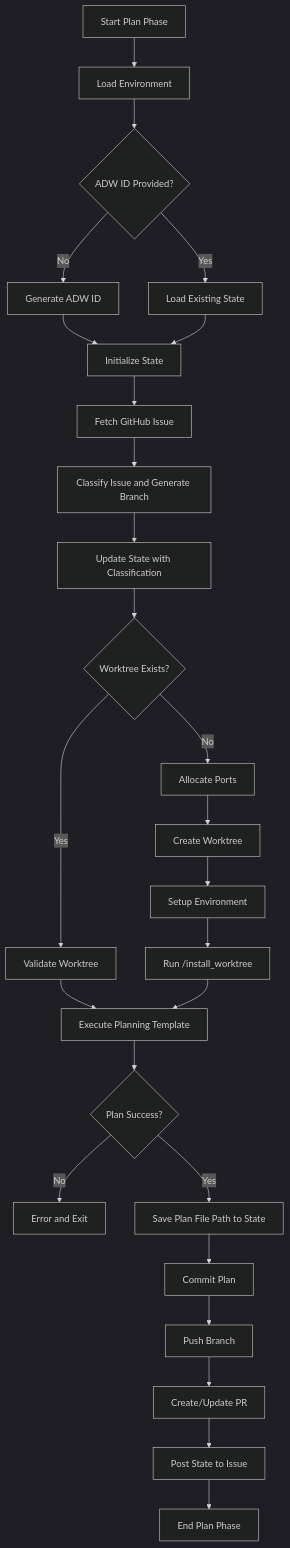
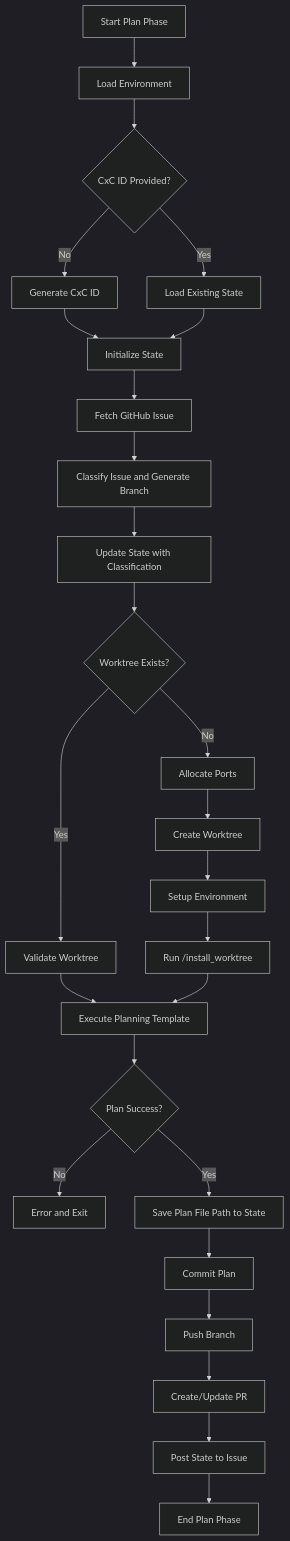
Before and after one commit to alexfosterinvisible/Cortex-Code: the fourth of 20 diagrams in .af/specs/fullrepo_dec30/C/design.md, drawn with Mermaid (dark theme). The commit also changed other lines of this file and 19 other files, not shown here.

````diff
--- a/.af/specs/fullrepo_dec30/C/design.md
+++ b/.af/specs/fullrepo_dec30/C/design.md
@@ -223,34 +223,34 @@
 ```mermaid
 flowchart TD
     A[Start Plan Phase] --> B[Load Environment]
-    B --> C{ADW ID Provided?}
-    C -->|No| D[Generate ADW ID]
+    B --> C{CxC ID Provided?}
+    C -->|No| D[Generate CxC ID]
     C -->|Yes| E[Load Existing State]
     D --> F[Initialize State]
     E --> F
 
     F --> G[Fetch GitHub Issue]
     G --> H[Classify Issue and Generate Branch]
     H --> I[Update State with Classification]
 
     I --> J{Worktree Exists?}
     J -->|Yes| K[Validate Worktree]
     J -->|No| L[Allocate Ports]
 
     L --> M[Create Worktree]
     M --> N[Setup Environment]
     N --> O[Run /install_worktree]
 
     K --> P[Execute Planning Template]
     O --> P
 
     P --> Q{Plan Success?}
     Q -->|No| R[Error and Exit]
     Q -->|Yes| S[Save Plan File Path to State]
 
     S --> T[Commit Plan]
     T --> U[Push Branch]
     U --> V[Create/Update PR]
     V --> W[Post State to Issue]
     W --> X[End Plan Phase]
 ```
````
